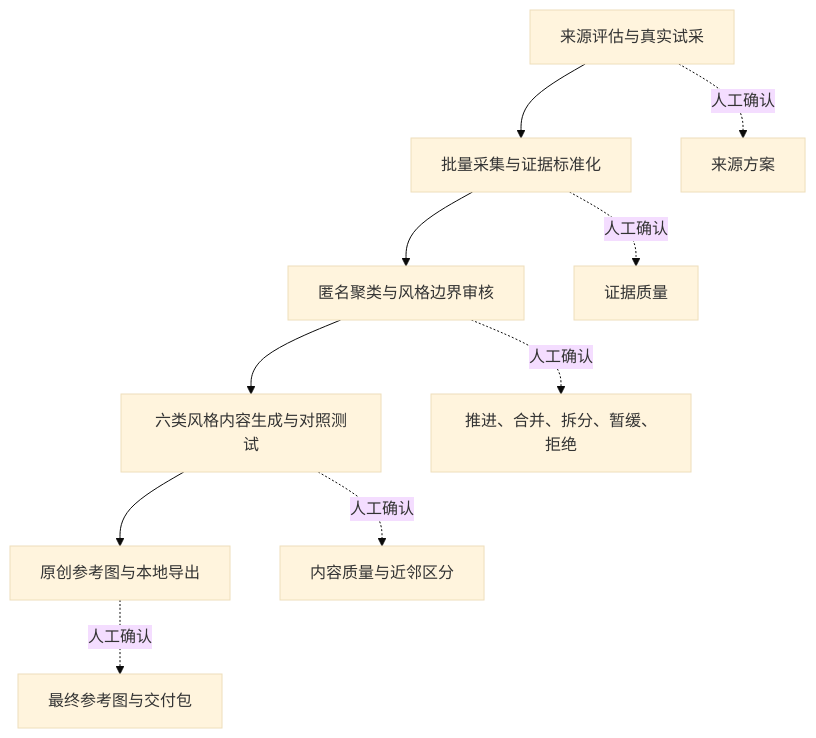
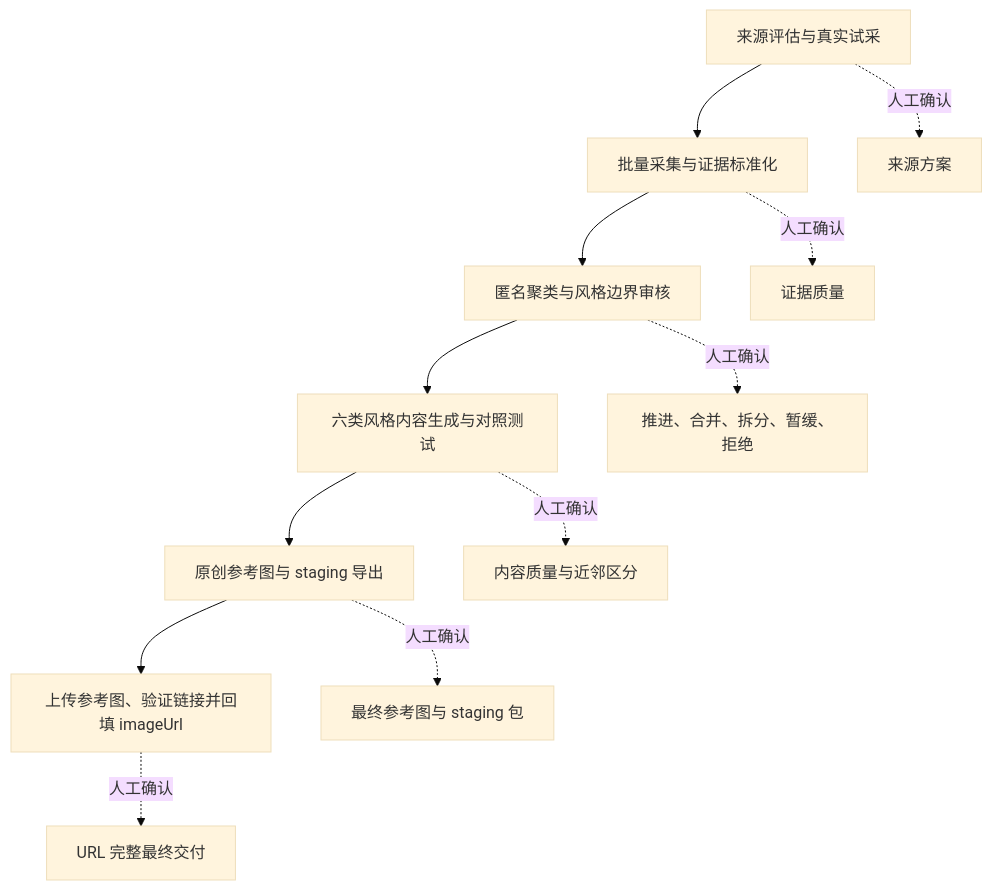
One commit to bread-lxy/vidmuse-style-library-skills changed the diagram in README.md. Above: the diagram before and after it, drawn with Mermaid (base theme). The commit also changed other lines of this file and 16 other files, not shown here.

First line of the commit message:
Formalize verified image URL backfill stage

````diff
--- a/README.md
+++ b/README.md
@@ -114,12 +116,14 @@
 ```mermaid
 flowchart TD
     A["来源评估与真实试采"] --> B["批量采集与证据标准化"]
     B --> C["匿名聚类与风格边界审核"]
     C --> D["六类风格内容生成与对照测试"]
-    D --> E["原创参考图与本地导出"]
+    D --> E["原创参考图与 staging 导出"]
+    E --> F["上传参考图、验证链接并回填 imageUrl"]
     A -. "人工确认" .-> A1["来源方案"]
     B -. "人工确认" .-> B1["证据质量"]
     C -. "人工确认" .-> C1["推进、合并、拆分、暂缓、拒绝"]
     D -. "人工确认" .-> D1["内容质量与近邻区分"]
-    E -. "人工确认" .-> E1["最终参考图与交付包"]
+    E -. "人工确认" .-> E1["最终参考图与 staging 包"]
+    F -. "人工确认" .-> F1["URL 完整最终交付"]
 ```
````
